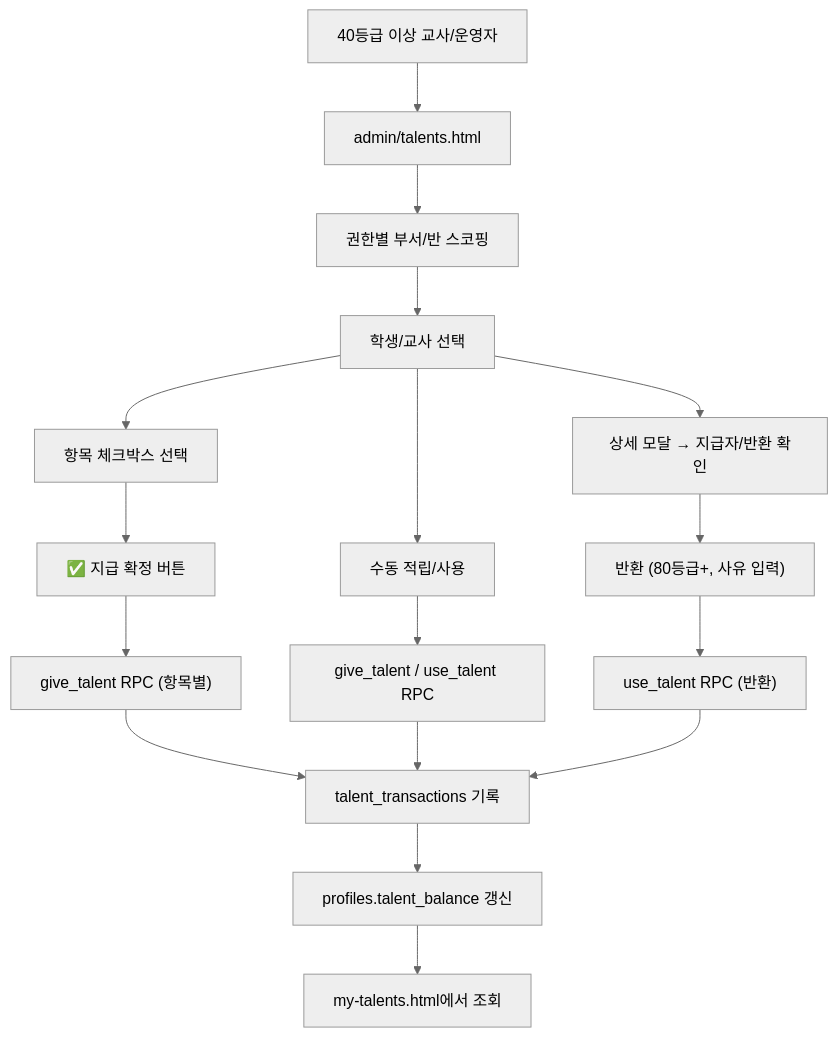
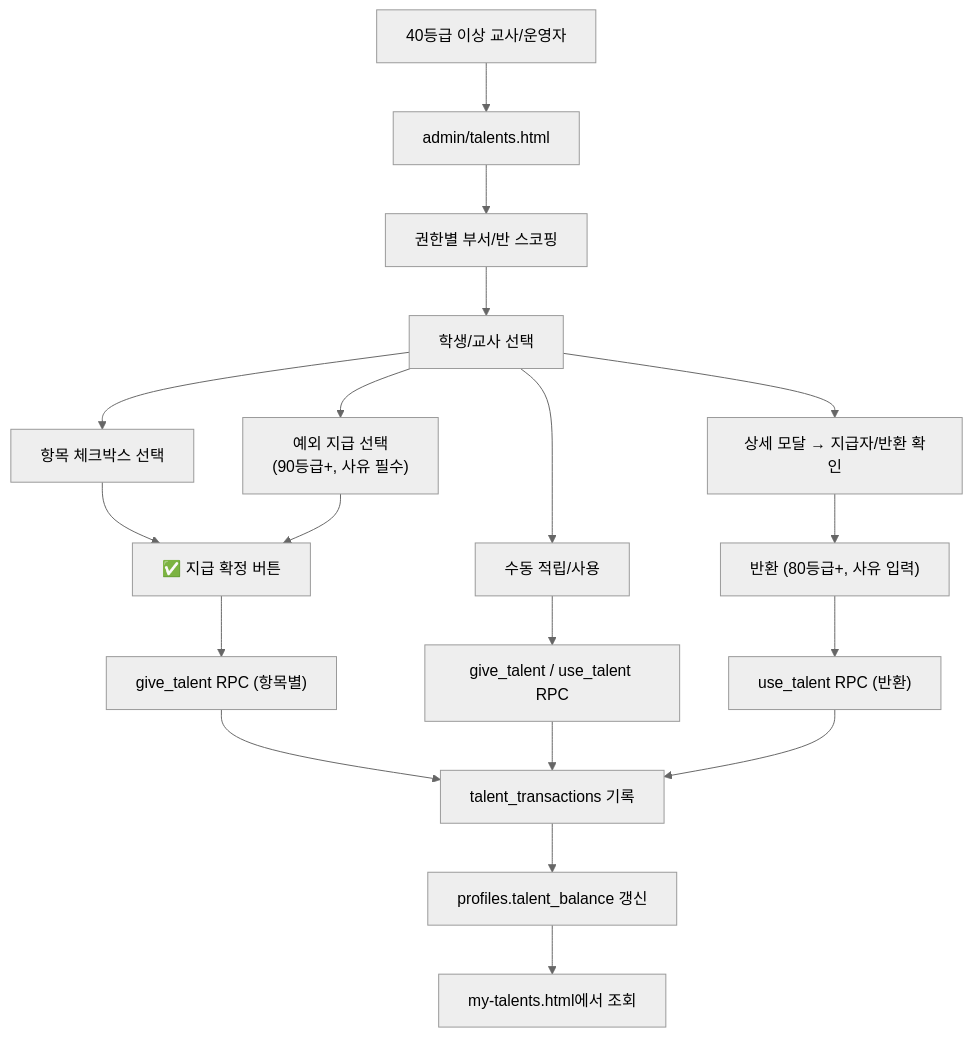
The fourth of 6 diagrams in README.md (CHO-Talents-Test/CHO-Talents-Test), drawn with Mermaid (neutral theme) before and after one commit. The commit also changed other lines of this file and 55 other files, not shown here.

````diff
--- a/README.md
+++ b/README.md
@@ -633,20 +642,22 @@
 ```mermaid
 flowchart TD
   Manager["40등급 이상 교사/운영자"] --> Page["admin/talents.html"]
   Page --> Scope["권한별 부서/반 스코핑"]
   Scope --> Select["학생/교사 선택"]
   Select --> CheckItems["항목 체크박스 선택"]
+  Select --> Override["예외 지급 선택<br/>(90등급+, 사유 필수)"]
   Select --> Manual["수동 적립/사용"]
   CheckItems --> Confirm["✅ 지급 확정 버튼"]
+  Override --> Confirm
   Confirm --> GiveRPC["give_talent RPC (항목별)"]
   Manual --> GiveUseRPC["give_talent / use_talent RPC"]
   GiveRPC --> Tx["talent_transactions 기록"]
   GiveUseRPC --> Tx
   Tx --> Balance["profiles.talent_balance 갱신"]
   Balance --> My["my-talents.html에서 조회"]
 
   Select --> Detail["상세 모달 → 지급자/반환 확인"]
   Detail --> Return["반환 (80등급+, 사유 입력)"]
   Return --> UseRPC["use_talent RPC (반환)"]
   UseRPC --> Tx
 ```
````
